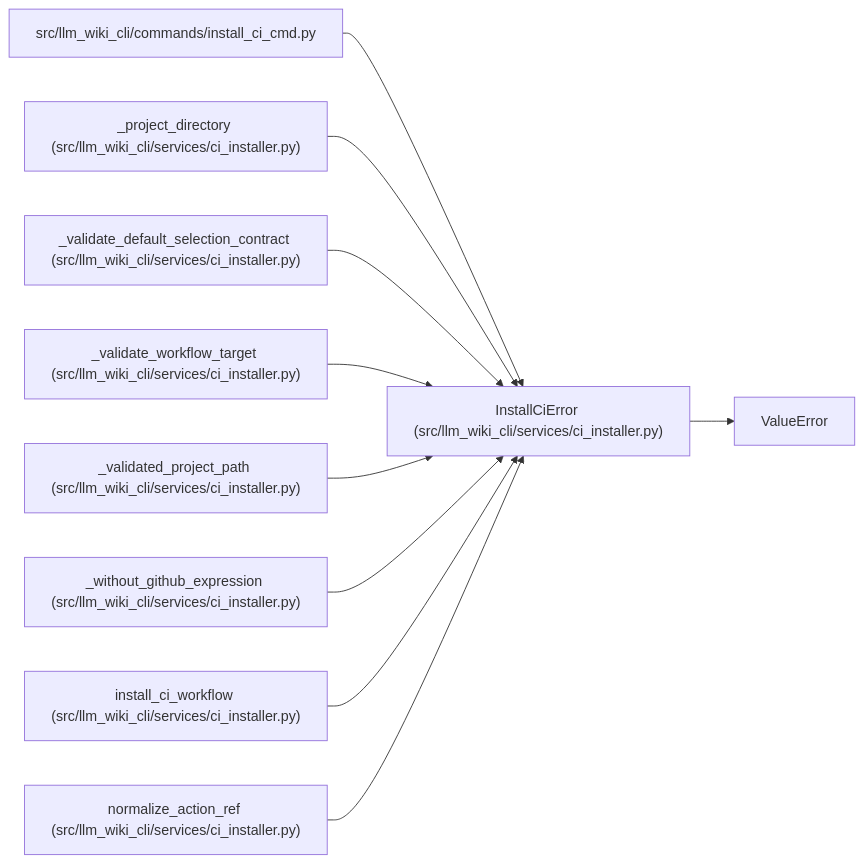
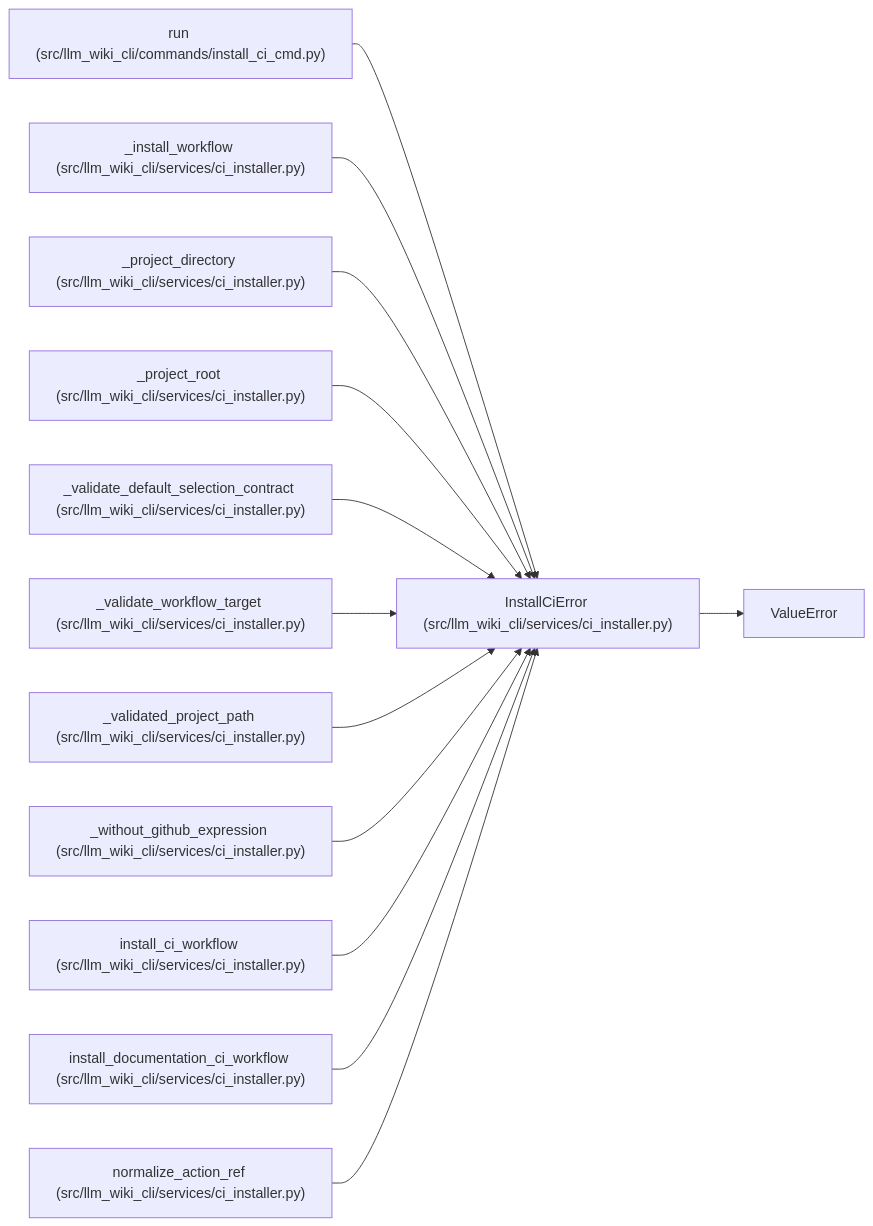
One commit to Denissvgn/python-wiki-llm changed the diagram in docs/llm_wiki/entities/InstallCiError.md. Above: the diagram before and after it, drawn with Mermaid. The commit also changed other lines of this file and 369 other files, not shown here.

Commit message:
feat: install a read-only GitHub wiki candidate workflow

````diff
--- a/docs/llm_wiki/entities/InstallCiError.md
+++ b/docs/llm_wiki/entities/InstallCiError.md
@@ -23,31 +23,40 @@
 ```mermaid
 flowchart LR
     n0["InstallCiError (src/llm_wiki_cli/services/ci_installer.py)"]
     n1["ValueError"]
-    n2["src/llm_wiki_cli/commands/install_ci_cmd.py"]
-    n3["_project_directory (src/llm_wiki_cli/services/ci_installer.py)"]
-    n4["_validate_default_selection_contract (src/llm_wiki_cli/services/ci_installer.py)"]
-    n5["_validate_workflow_target (src/llm_wiki_cli/services/ci_installer.py)"]
-    n6["_validated_project_path (src/llm_wiki_cli/services/ci_installer.py)"]
-    n7["_without_github_expression (src/llm_wiki_cli/services/ci_installer.py)"]
-    n8["install_ci_workflow (src/llm_wiki_cli/services/ci_installer.py)"]
-    n9["normalize_action_ref (src/llm_wiki_cli/services/ci_installer.py)"]
+    n2["run (src/llm_wiki_cli/commands/install_ci_cmd.py)"]
+    n3["_install_workflow (src/llm_wiki_cli/services/ci_installer.py)"]
+    n4["_project_directory (src/llm_wiki_cli/services/ci_installer.py)"]
+    n5["_project_root (src/llm_wiki_cli/services/ci_installer.py)"]
+    n6["_validate_default_selection_contract (src/llm_wiki_cli/services/ci_installer.py)"]
+    n7["_validate_workflow_target (src/llm_wiki_cli/services/ci_installer.py)"]
+    n8["_validated_project_path (src/llm_wiki_cli/services/ci_installer.py)"]
+    n9["_without_github_expression (src/llm_wiki_cli/services/ci_installer.py)"]
+    n10["install_ci_workflow (src/llm_wiki_cli/services/ci_installer.py)"]
+    n11["install_documentation_ci_workflow (src/llm_wiki_cli/services/ci_installer.py)"]
+    n12["normalize_action_ref (src/llm_wiki_cli/services/ci_installer.py)"]
     n0 --> n1
     n2 --> n0
     n3 --> n0
     n4 --> n0
     n5 --> n0
     n6 --> n0
     n7 --> n0
     n8 --> n0
     n9 --> n0
+    n10 --> n0
+    n11 --> n0
+    n12 --> n0
     click n0 "../modules/ci_installer.md"
     click n2 "../modules/install_ci_cmd.md"
     click n3 "../modules/ci_installer.md"
     click n4 "../modules/ci_installer.md"
     click n5 "../modules/ci_installer.md"
     click n6 "../modules/ci_installer.md"
     click n7 "../modules/ci_installer.md"
     click n8 "../modules/ci_installer.md"
     click n9 "../modules/ci_installer.md"
+    click n10 "../modules/ci_installer.md"
+    click n11 "../modules/ci_installer.md"
+    click n12 "../modules/ci_installer.md"
 ```
````
